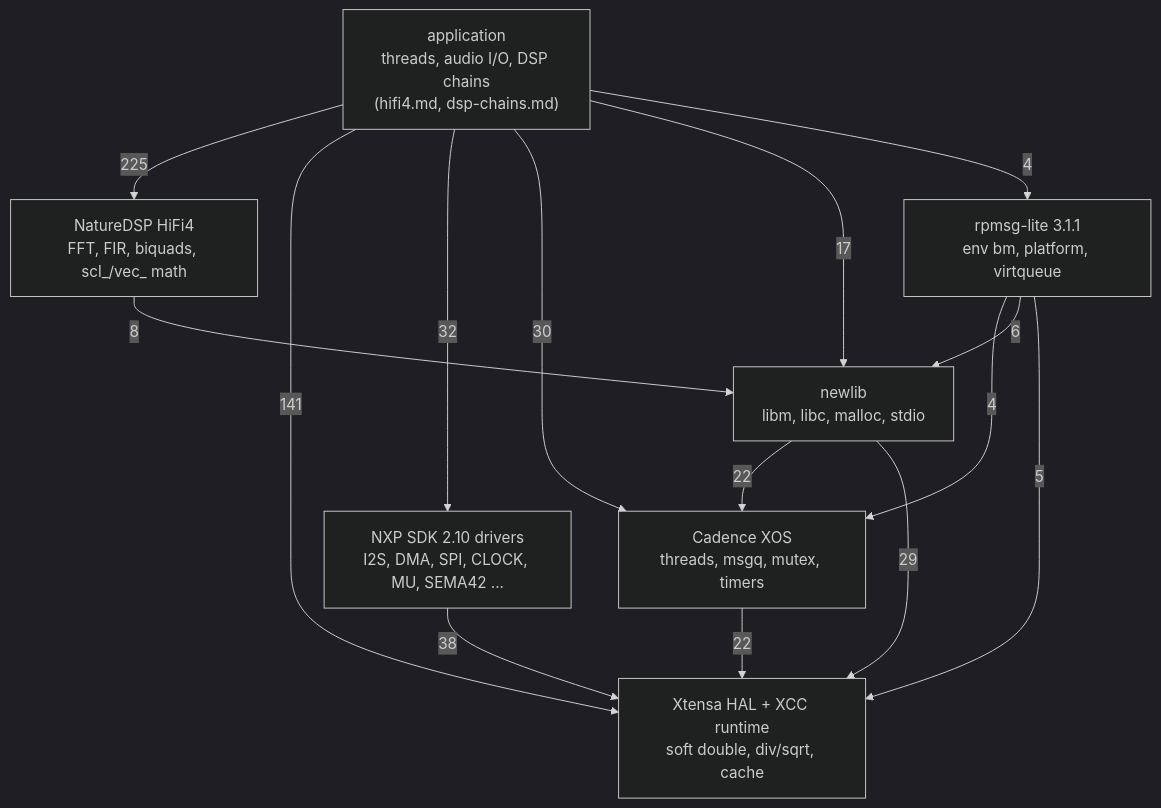
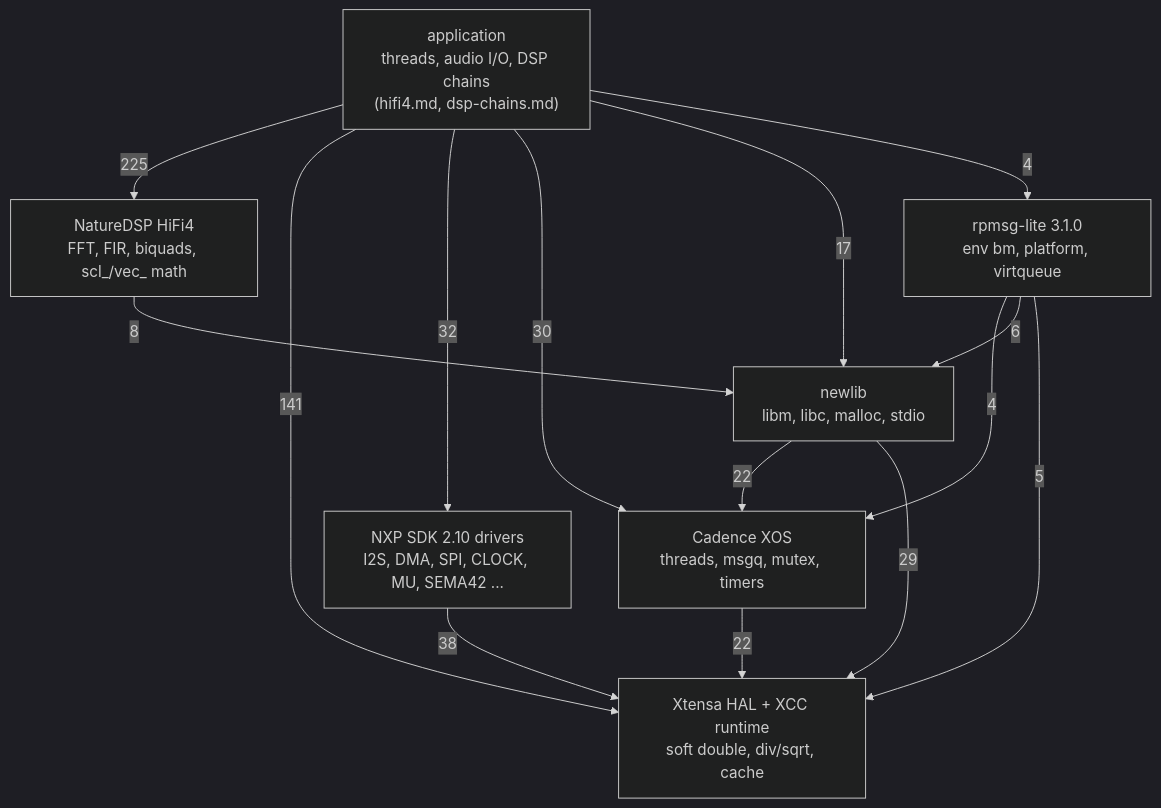
One commit to Reid-n0rc/FT-710_Firmware changed the first of 2 diagrams in docs/code/ifdsp/hifi4-libraries.md. Above: the diagram before and after it, drawn with Mermaid (dark theme). The commit also changed other lines of this file and 3 other files, not shown here.

First line of the commit message:
T24 HiFi4: docs: rpmsg-lite is v3.1.0 on the HiFi4 too; tooling for the HiFi4 recreation

````diff
--- a/docs/code/ifdsp/hifi4-libraries.md
+++ b/docs/code/ifdsp/hifi4-libraries.md
@@ -26,24 +26,24 @@
 ```mermaid
 flowchart TD
     APP["application<br/>threads, audio I/O, DSP chains<br/>(hifi4.md, dsp-chains.md)"]
     SDK["NXP SDK 2.10 drivers<br/>I2S, DMA, SPI, CLOCK, MU, SEMA42 ..."]
-    RPM["rpmsg-lite 3.1.1<br/>env bm, platform, virtqueue"]
+    RPM["rpmsg-lite 3.1.0<br/>env bm, platform, virtqueue"]
     NDSP["NatureDSP HiFi4<br/>FFT, FIR, biquads, scl_/vec_ math"]
     XOS["Cadence XOS<br/>threads, msgq, mutex, timers"]
     LIBC["newlib<br/>libm, libc, malloc, stdio"]
     RT["Xtensa HAL + XCC runtime<br/>soft double, div/sqrt, cache"]
     APP -- "225" --> NDSP
     APP -- "141" --> RT
     APP -- "32" --> SDK
     APP -- "30" --> XOS
     APP -- "17" --> LIBC
     APP -- "4" --> RPM
     RPM -- "4" --> XOS
     RPM -- "6" --> LIBC
     RPM -- "5" --> RT
     SDK -- "38" --> RT
     NDSP -- "8" --> LIBC
     LIBC -- "22" --> XOS
     LIBC -- "29" --> RT
     XOS -- "22" --> RT
 ```
````
